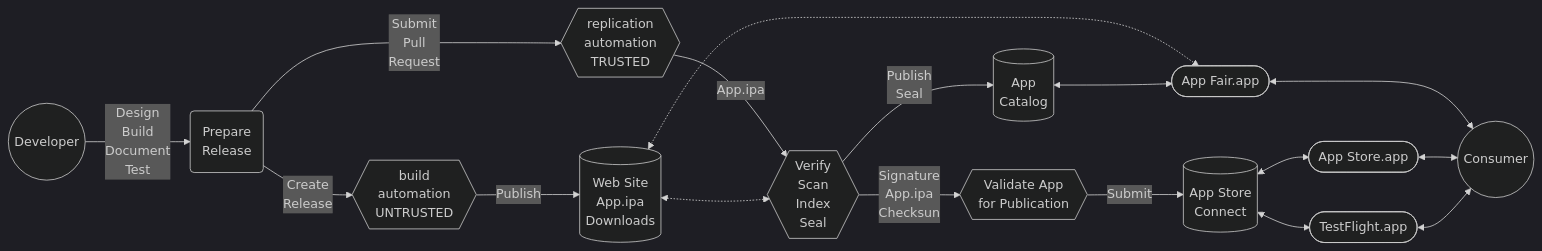
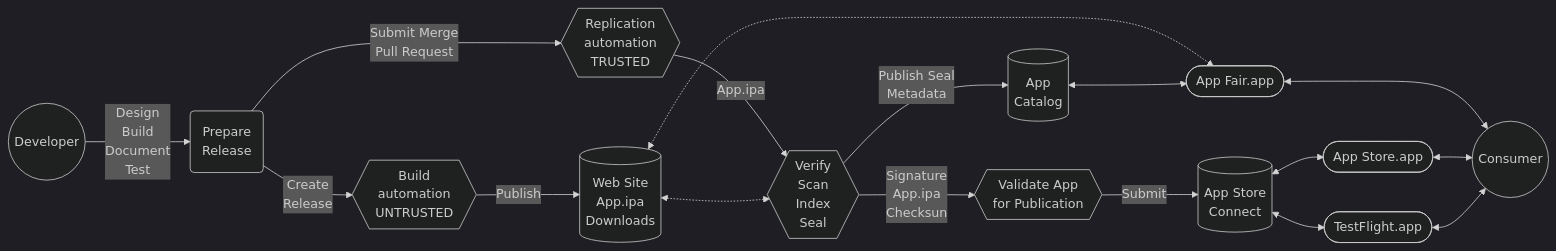
The diagram in visuals.md (AppFair/appfair.github.io), drawn with Mermaid (dark theme) before and after one commit.

````diff
--- a/visuals.md
+++ b/visuals.md
@@ -6,19 +6,19 @@
 ```mermaid
 flowchart LR
     A((Developer)) --  Design\nBuild\nDocument\nTest --> B(Prepare\nRelease)
-    B -- Submit\nPull\nRequest --> C{{replication\nautomation\nTRUSTED}}
-    B -- Create\nRelease --> D{{build\nautomation\nUNTRUSTED}}
+    B -- Submit Merge\nPull Request --> C{{Replication\nautomation\nTRUSTED}}
+    B -- Create\nRelease --> D{{Build\nautomation\nUNTRUSTED}}
     D -- Publish --> RELDL[(Web Site\nApp.ipa\nDownloads)]
     C -- App.ipa --> VERIFY{{Verify\nScan\nIndex\nSeal}}
     RELDL <-.-> VERIFY
-    VERIFY -- Publish\nSeal --> PAC[(App\nCatalog)]
+    VERIFY -- Publish Seal\nMetadata --> PAC[(App\nCatalog)]
     VERIFY -- Signature\nApp.ipa\nChecksun --> ValidatedApp{{Validate App\nfor Publication}}
     RELDL <-.-> AppFairApp([App Fair.app])
     PAC <--> AppFairApp
     ValidatedApp -- Submit --> PubAppStore[(App Store\nConnect)]
     PubAppStore <--> AppStoreApp([App Store.app])
     PubAppStore <--> TestFlight([TestFlight.app])
     AppFairApp <--> CONSUMER((Consumer))
     AppStoreApp <--> CONSUMER
     TestFlight <--> CONSUMER
 ```
````
